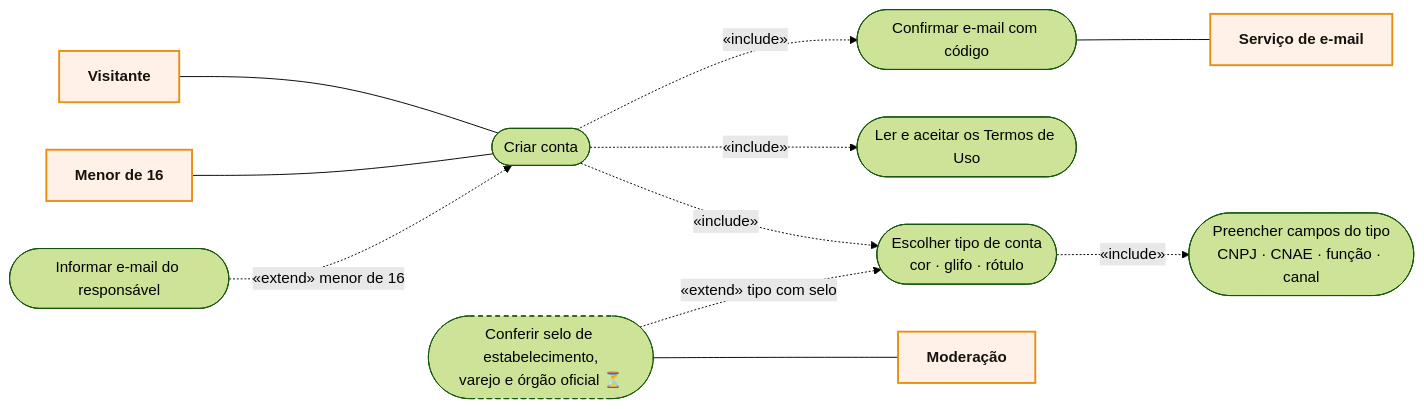
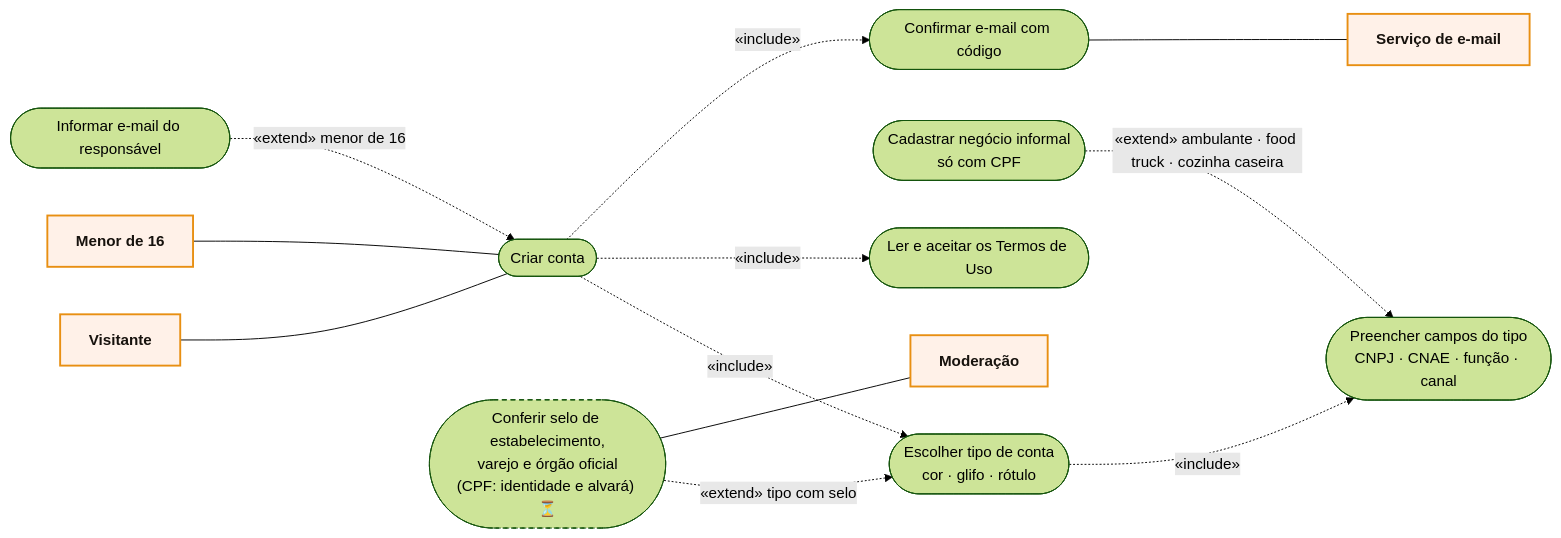
One commit to MatheusHaliski/Friendly-Eats changed the diagram in docs/RF1/casos-de-uso.md. Above: the diagram before and after it, drawn with Mermaid (forest theme). The commit also changed 11 other files, not shown here.

First line of the commit message:
Cadastro de estabelecimento só com CPF para ambulante, food truck e cozinha caseira

````diff
--- a/docs/RF1/casos-de-uso.md
+++ b/docs/RF1/casos-de-uso.md
@@ -5,30 +5,32 @@
 ```mermaid
 flowchart LR
     V["Visitante"]:::actor
     M["Menor de 16"]:::actor
 
     UC1(["Criar conta"])
     UC2(["Escolher tipo de conta<br/>cor · glifo · rótulo"])
     UC3(["Preencher campos do tipo<br/>CNPJ · CNAE · função · canal"])
+    UC8(["Cadastrar negócio informal<br/>só com CPF"])
     UC4(["Ler e aceitar os Termos de Uso"])
     UC5(["Confirmar e-mail com código"])
     UC6(["Informar e-mail do responsável"])
-    UC7(["Conferir selo de estabelecimento,<br/>varejo e órgão oficial ⏳"]):::planned
+    UC7(["Conferir selo de estabelecimento,<br/>varejo e órgão oficial<br/>(CPF: identidade e alvará) ⏳"]):::planned
 
     MOD["Moderação"]:::actor
     MAIL["Serviço de e-mail"]:::actor
 
     V --- UC1
     M --- UC1
     UC1 -. «include» .-> UC2
     UC1 -. «include» .-> UC4
     UC1 -. «include» .-> UC5
     UC2 -. «include» .-> UC3
     UC6 -. «extend» menor de 16 .-> UC1
+    UC8 -. «extend» ambulante · food truck · cozinha caseira .-> UC3
     UC7 -. «extend» tipo com selo .-> UC2
     UC7 --- MOD
     UC5 --- MAIL
 
     classDef actor fill:#FFF1E8,stroke:#E88F12,stroke-width:2px,color:#17120D,font-weight:bold
     classDef planned stroke-dasharray:5 4
 ```
````
